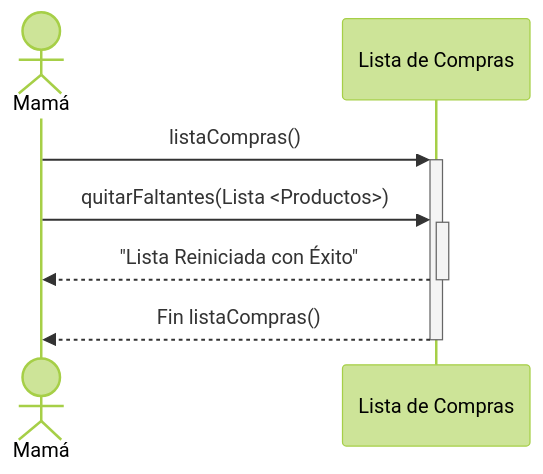
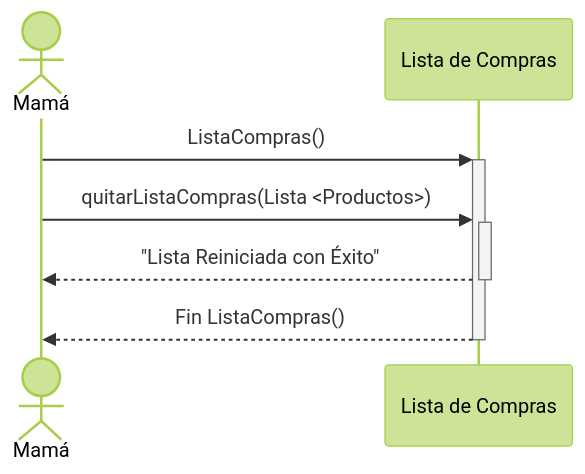
One commit to LocoUnPocoNadaMas/Lista-Compras changed diagram 11 of 11 in README.md. Above: the diagram before and after it, drawn with Mermaid (forest theme). The commit also changed other lines of this file, not shown here.

````diff
--- a/README.md
+++ b/README.md
@@ -687,8 +694,8 @@
 ```mermaid
 sequenceDiagram
     Actor A as Mamá
-    A->>+Lista de Compras: listaCompras()
-    A->>+Lista de Compras: quitarFaltantes(Lista <Productos>)
+    A->>+Lista de Compras: ListaCompras()
+    A->>+Lista de Compras: quitarListaCompras(Lista <Productos>)
     Lista de Compras-->>-A: "Lista Reiniciada con Éxito"
-    Lista de Compras-->>-A: Fin listaCompras()
+    Lista de Compras-->>-A: Fin ListaCompras()
 ```
````
